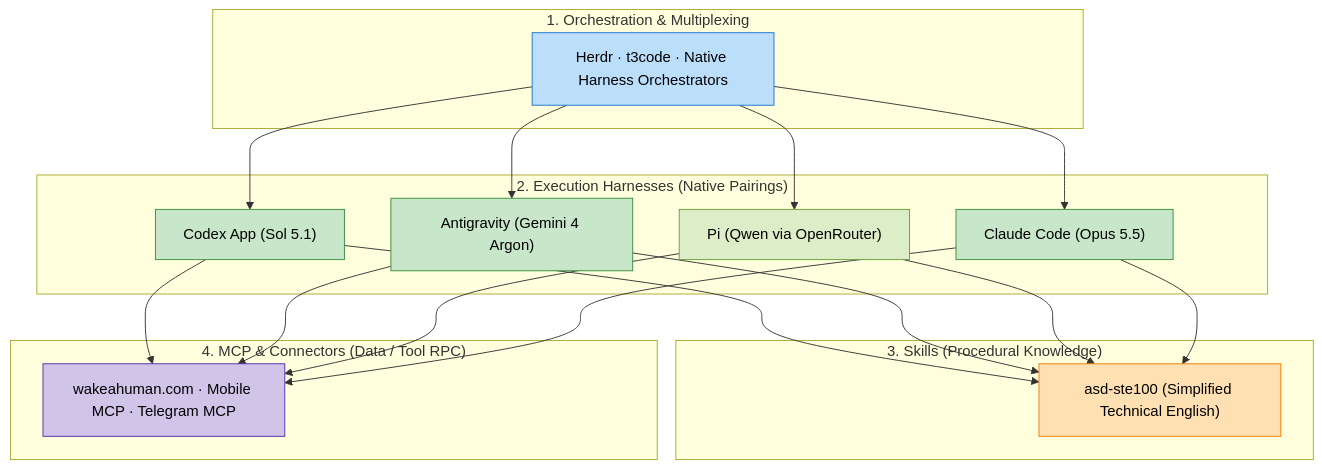
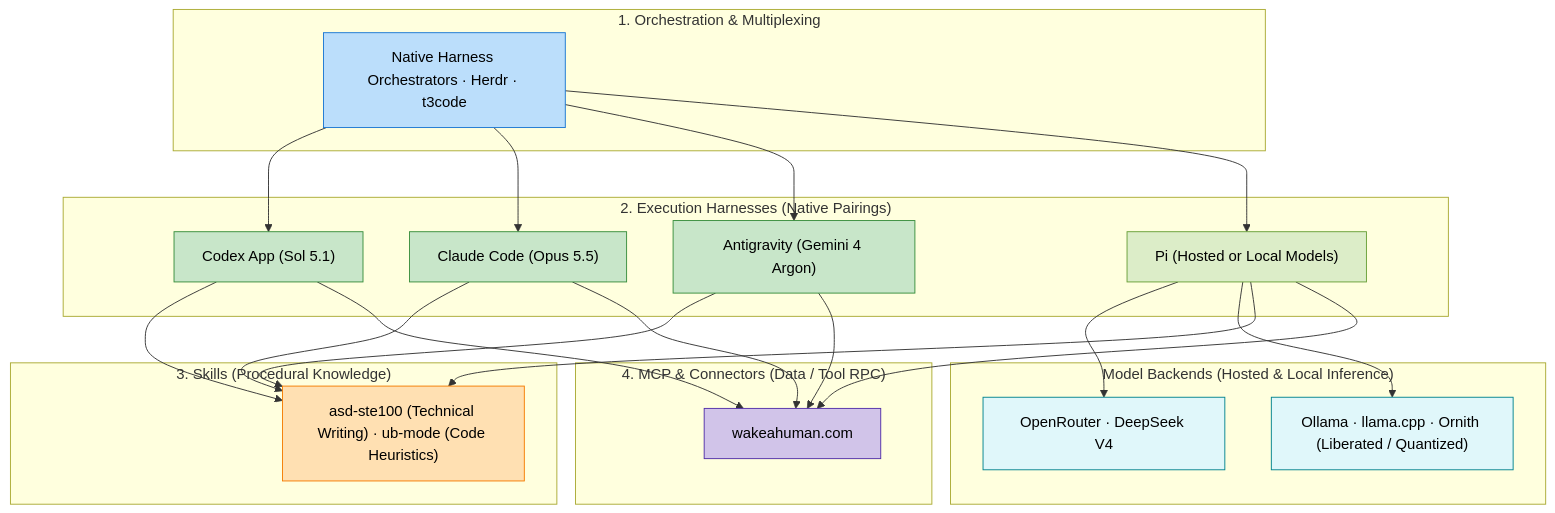
The first of 2 diagrams in content/generative-ai/1-intro/1_genai_environment.md (gel/gel.github.io), drawn with Mermaid before and after one commit. The commit also changed other lines of this file and 3 other files, not shown here.

````diff
--- a/content/generative-ai/1-intro/1_genai_environment.md
+++ b/content/generative-ai/1-intro/1_genai_environment.md
@@ -11,33 +13,41 @@
 ```mermaid
 flowchart TD
     subgraph Layer1["1. Orchestration & Multiplexing"]
-        Orch["Herdr · t3code · Native Harness Orchestrators"]
+        Orch["Native Harness Orchestrators · Herdr · t3code"]
     end
 
     subgraph Layer2["2. Execution Harnesses (Native Pairings)"]
         H_OpenAI["Codex App (Sol 5.1)"]
+        H_Anthropic["Claude Code (Opus 5.5)"]
         H_Google["Antigravity (Gemini 4 Argon)"]
-        H_Pi["Pi (Qwen via OpenRouter)"]
-        H_Anthropic["Claude Code (Opus 5.5)"]
+        H_Pi["Pi (Hosted or Local Models)"]
     end
 
     subgraph Layer3["3. Skills (Procedural Knowledge)"]
-        Skills["asd-ste100 (Simplified Technical English)"]
+        Skills["asd-ste100 (Technical Writing) · ub-mode (Code Heuristics)"]
     end
 
     subgraph Layer4["4. MCP & Connectors (Data / Tool RPC)"]
-        MCP["wakeahuman.com · Mobile MCP · Telegram MCP"]
+        MCP["wakeahuman.com"]
     end
 
-    Orch --> H_OpenAI & H_Google & H_Pi & H_Anthropic
-    H_OpenAI & H_Google & H_Pi & H_Anthropic --> Skills
-    H_OpenAI & H_Google & H_Pi & H_Anthropic --> MCP
+    subgraph Backends["Model Backends (Hosted & Local Inference)"]
+        Hosted["OpenRouter · DeepSeek V4"]
+        Local["Ollama · llama.cpp · Ornith (Liberated / Quantized)"]
+    end
+    H_Pi --> Hosted & Local
+
+    Orch --> H_OpenAI & H_Anthropic & H_Google & H_Pi
+    H_OpenAI & H_Anthropic & H_Google & H_Pi --> Skills
+    H_OpenAI & H_Anthropic & H_Google & H_Pi --> MCP
 
     style Orch fill:#bbdefb,stroke:#1976d2,color:#000
     style H_OpenAI fill:#c8e6c9,stroke:#388e3c,color:#000
     style H_Google fill:#c8e6c9,stroke:#388e3c,color:#000
     style H_Pi fill:#dcedc8,stroke:#689f38,color:#000
     style H_Anthropic fill:#c8e6c9,stroke:#388e3c,color:#000
+    style Hosted fill:#e0f7fa,stroke:#00838f,color:#000
+    style Local fill:#e0f7fa,stroke:#00838f,color:#000
     style Skills fill:#ffe0b2,stroke:#f57c00,color:#000
     style MCP fill:#d1c4e9,stroke:#512da8,color:#000
 ```
````
